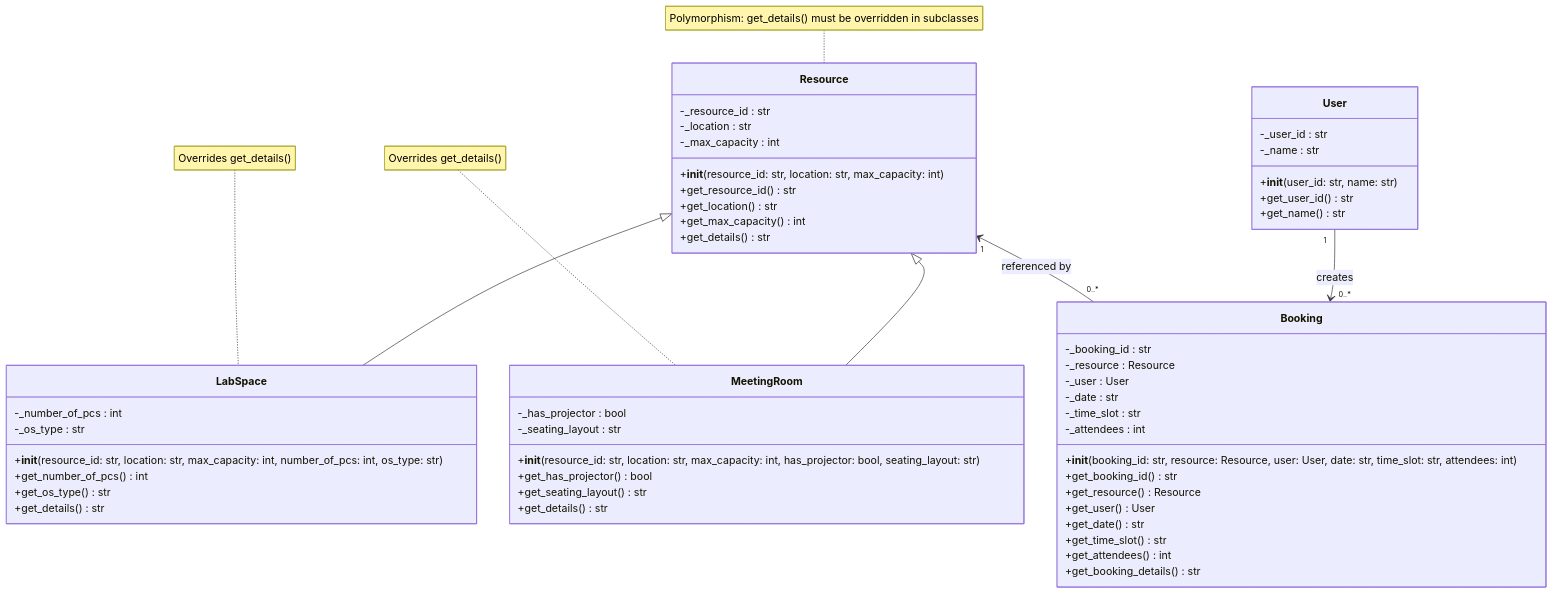
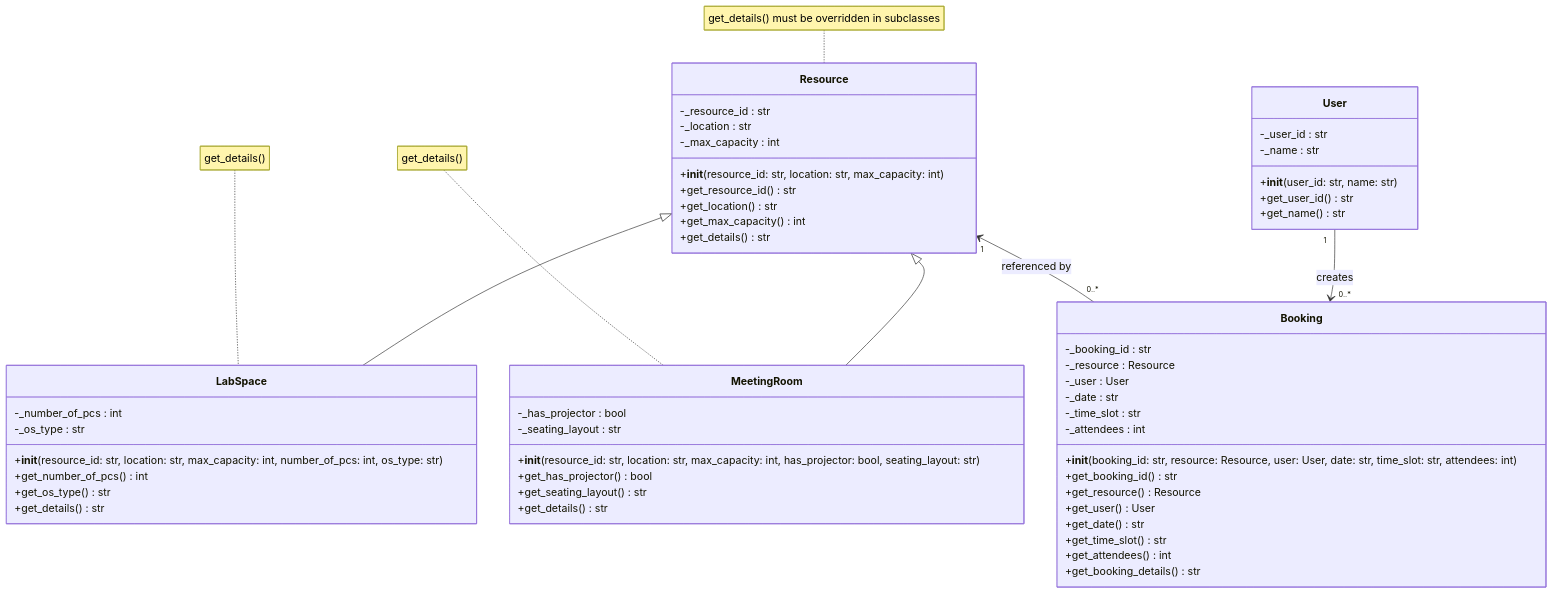
Before and after one commit to imsepehrow/S2CW2: the diagram in Justification of OOP in UML-2026-04-02-203455.mmd, drawn with Mermaid.

Commit message:
Update Justification of OOP in UML-2026-04-02-203455.mmd

```diff
--- a/Justification of OOP in UML-2026-04-02-203455.mmd
+++ b/Justification of OOP in UML-2026-04-02-203455.mmd
@@ -1,64 +1,64 @@
 classDiagram
     class Resource {
         -_resource_id : str
         -_location : str
         -_max_capacity : int
         +__init__(resource_id: str, location: str, max_capacity: int)
         +get_resource_id() str
         +get_location() str
         +get_max_capacity() int
         +get_details() str
     }
 
     class LabSpace {
         -_number_of_pcs : int
         -_os_type : str
         +__init__(resource_id: str, location: str, max_capacity: int, number_of_pcs: int, os_type: str)
         +get_number_of_pcs() int
         +get_os_type() str
         +get_details() str
     }
 
     class MeetingRoom {
         -_has_projector : bool
         -_seating_layout : str
         +__init__(resource_id: str, location: str, max_capacity: int, has_projector: bool, seating_layout: str)
         +get_has_projector() bool
         +get_seating_layout() str
         +get_details() str
     }
 
     class User {
         -_user_id : str
         -_name : str
         +__init__(user_id: str, name: str)
         +get_user_id() str
         +get_name() str
     }
 
     class Booking {
         -_booking_id : str
         -_resource : Resource
         -_user : User
         -_date : str
         -_time_slot : str
         -_attendees : int
         +__init__(booking_id: str, resource: Resource, user: User, date: str, time_slot: str, attendees: int)
         +get_booking_id() str
         +get_resource() Resource
         +get_user() User
         +get_date() str
         +get_time_slot() str
         +get_attendees() int
         +get_booking_details() str
     }
 
     Resource <|-- LabSpace
     Resource <|-- MeetingRoom
 
     Resource "1" <-- "0..*" Booking : referenced by
     User "1" --> "0..*" Booking : creates
 
-    note for Resource "Polymorphism: get_details() must be overridden in subclasses"
-    note for LabSpace "Overrides get_details()"
-    note for MeetingRoom "Overrides get_details()"
+    note for Resource "get_details() must be overridden in subclasses"
+    note for LabSpace "get_details()"
+    note for MeetingRoom "get_details()"
```
